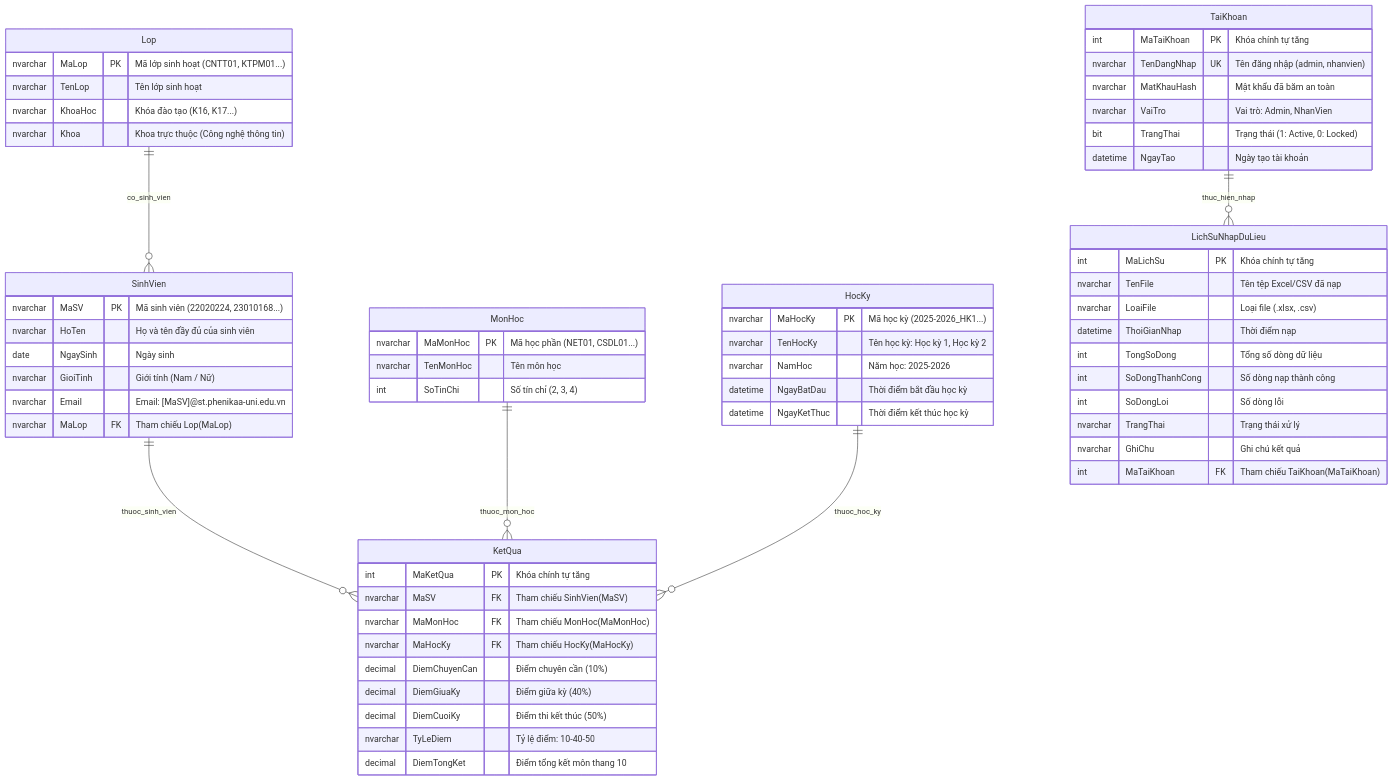
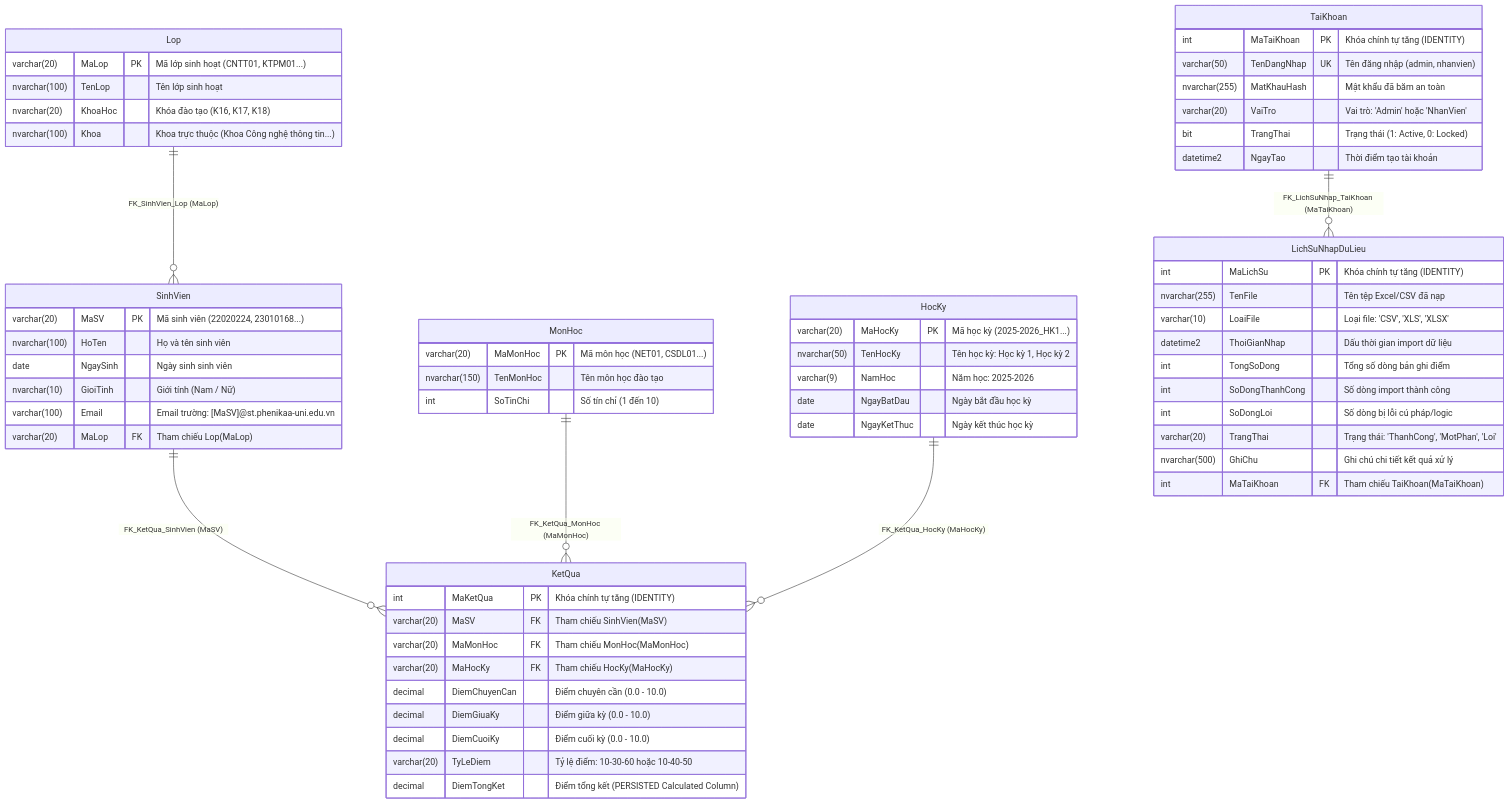
One commit to ngthanhs1/STUDENT_RESULT_ANALYTICS changed diagram 14 of 15 in BAO_CAO_BAI_TAP_LON_STUDENT_RESULT_ANALYTICS.md. Above: the diagram before and after it, drawn with Mermaid. The commit also changed other lines of this file and 3 other files, not shown here.

````diff
--- a/BAO_CAO_BAI_TAP_LON_STUDENT_RESULT_ANALYTICS.md
+++ b/BAO_CAO_BAI_TAP_LON_STUDENT_RESULT_ANALYTICS.md
@@ -984,72 +987,72 @@
 ```mermaid
 erDiagram
-    Lop ||--o{ SinhVien : "co_sinh_vien"
-    SinhVien ||--o{ KetQua : "thuoc_sinh_vien"
-    MonHoc ||--o{ KetQua : "thuoc_mon_hoc"
-    HocKy ||--o{ KetQua : "thuoc_hoc_ky"
-    TaiKhoan ||--o{ LichSuNhapDuLieu : "thuc_hien_nhap"
+    Lop ||--o{ SinhVien : "FK_SinhVien_Lop (MaLop)"
+    SinhVien ||--o{ KetQua : "FK_KetQua_SinhVien (MaSV)"
+    MonHoc ||--o{ KetQua : "FK_KetQua_MonHoc (MaMonHoc)"
+    HocKy ||--o{ KetQua : "FK_KetQua_HocKy (MaHocKy)"
+    TaiKhoan ||--o{ LichSuNhapDuLieu : "FK_LichSuNhap_TaiKhoan (MaTaiKhoan)"
+
+    SinhVien {
+        varchar(20) MaSV PK "Mã sinh viên (22020224, 23010168...)"
+        nvarchar(100) HoTen "Họ và tên sinh viên"
+        date NgaySinh "Ngày sinh sinh viên"
+        nvarchar(10) GioiTinh "Giới tính (Nam / Nữ)"
+        varchar(100) Email "Email trường: [MaSV]@st.phenikaa-uni.edu.vn"
+        varchar(20) MaLop FK "Tham chiếu Lop(MaLop)"
+    }
 
     Lop {
-        nvarchar MaLop PK "Mã lớp sinh hoạt (CNTT01, KTPM01...)"
-        nvarchar TenLop "Tên lớp sinh hoạt"
-        nvarchar KhoaHoc "Khóa đào tạo (K16, K17...)"
-        nvarchar Khoa "Khoa trực thuộc (Công nghệ thông tin)"
-    }
-
-    SinhVien {
-        nvarchar MaSV PK "Mã sinh viên (22020224, 23010168...)"
-        nvarchar HoTen "Họ và tên đầy đủ của sinh viên"
-        date NgaySinh "Ngày sinh"
-        nvarchar GioiTinh "Giới tính (Nam / Nữ)"
-        nvarchar Email "Email: [MaSV]@st.phenikaa-uni.edu.vn"
-        nvarchar MaLop FK "Tham chiếu Lop(MaLop)"
+        varchar(20) MaLop PK "Mã lớp sinh hoạt (CNTT01, KTPM01...)"
+        nvarchar(100) TenLop "Tên lớp sinh hoạt"
+        nvarchar(20) KhoaHoc "Khóa đào tạo (K16, K17, K18)"
+        nvarchar(100) Khoa "Khoa trực thuộc (Khoa Công nghệ thông tin...)"
     }
 
     MonHoc {
-        nvarchar MaMonHoc PK "Mã học phần (NET01, CSDL01...)"
-        nvarchar TenMonHoc "Tên môn học"
-        int SoTinChi "Số tín chỉ (2, 3, 4)"
+        varchar(20) MaMonHoc PK "Mã môn học (NET01, CSDL01...)"
+        nvarchar(150) TenMonHoc "Tên môn học đào tạo"
+        int SoTinChi "Số tín chỉ (1 đến 10)"
     }
 
     HocKy {
-        nvarchar MaHocKy PK "Mã học kỳ (2025-2026_HK1...)"
-        nvarchar TenHocKy "Tên học kỳ: Học kỳ 1, Học kỳ 2"
-        nvarchar NamHoc "Năm học: 2025-2026"
-        datetime NgayBatDau "Thời điểm bắt đầu học kỳ"
-        datetime NgayKetThuc "Thời điểm kết thúc học kỳ"
+        varchar(20) MaHocKy PK "Mã học kỳ (2025-2026_HK1...)"
+        nvarchar(50) TenHocKy "Tên học kỳ: Học kỳ 1, Học kỳ 2"
+        varchar(9) NamHoc "Năm học: 2025-2026"
+        date NgayBatDau "Ngày bắt đầu học kỳ"
+        date NgayKetThuc "Ngày kết thúc học kỳ"
     }
 
     KetQua {
-        int MaKetQua PK "Khóa chính tự tăng"
-        nvarchar MaSV FK "Tham chiếu SinhVien(MaSV)"
-        nvarchar MaMonHoc FK "Tham chiếu MonHoc(MaMonHoc)"
-        nvarchar MaHocKy FK "Tham chiếu HocKy(MaHocKy)"
-        decimal DiemChuyenCan "Điểm chuyên cần (10%)"
-        decimal DiemGiuaKy "Điểm giữa kỳ (40%)"
-        decimal DiemCuoiKy "Điểm thi kết thúc (50%)"
-        nvarchar TyLeDiem "Tỷ lệ điểm: 10-40-50"
-        decimal DiemTongKet "Điểm tổng kết môn thang 10"
+        int MaKetQua PK "Khóa chính tự tăng (IDENTITY)"
+        varchar(20) MaSV FK "Tham chiếu SinhVien(MaSV)"
+        varchar(20) MaMonHoc FK "Tham chiếu MonHoc(MaMonHoc)"
+        varchar(20) MaHocKy FK "Tham chiếu HocKy(MaHocKy)"
+        decimal DiemChuyenCan "Điểm chuyên cần (0.0 - 10.0)"
+        decimal DiemGiuaKy "Điểm giữa kỳ (0.0 - 10.0)"
+        decimal DiemCuoiKy "Điểm cuối kỳ (0.0 - 10.0)"
+        varchar(20) TyLeDiem "Tỷ lệ điểm: 10-30-60 hoặc 10-40-50"
+        decimal DiemTongKet "Điểm tổng kết (PERSISTED Calculated Column)"
     }
 
     TaiKhoan {
-        int MaTaiKhoan PK "Khóa chính tự tăng"
-        nvarchar TenDangNhap UK "Tên đăng nhập (admin, nhanvien)"
-        nvarchar MatKhauHash "Mật khẩu đã băm an toàn"
-        nvarchar VaiTro "Vai trò: Admin, NhanVien"
+        int MaTaiKhoan PK "Khóa chính tự tăng (IDENTITY)"
+        varchar(50) TenDangNhap UK "Tên đăng nhập (admin, nhanvien)"
+        nvarchar(255) MatKhauHash "Mật khẩu đã băm an toàn"
+        varchar(20) VaiTro "Vai trò: 'Admin' hoặc 'NhanVien'"
         bit TrangThai "Trạng thái (1: Active, 0: Locked)"
-        datetime NgayTao "Ngày tạo tài khoản"
+        datetime2 NgayTao "Thời điểm tạo tài khoản"
     }
 
     LichSuNhapDuLieu {
-        int MaLichSu PK "Khóa chính tự tăng"
-        nvarchar TenFile "Tên tệp Excel/CSV đã nạp"
-        nvarchar LoaiFile "Loại file (.xlsx, .csv)"
-        datetime ThoiGianNhap "Thời điểm nạp"
-        int TongSoDong "Tổng số dòng dữ liệu"
-        int SoDongThanhCong "Số dòng nạp thành công"
-        int SoDongLoi "Số dòng lỗi"
-        nvarchar TrangThai "Trạng thái xử lý"
-        nvarchar GhiChu "Ghi chú kết quả"
+        int MaLichSu PK "Khóa chính tự tăng (IDENTITY)"
+        nvarchar(255) TenFile "Tên tệp Excel/CSV đã nạp"
+        varchar(10) LoaiFile "Loại file: 'CSV', 'XLS', 'XLSX'"
+        datetime2 ThoiGianNhap "Dấu thời gian import dữ liệu"
+        int TongSoDong "Tổng số dòng bản ghi điểm"
+        int SoDongThanhCong "Số dòng import thành công"
+        int SoDongLoi "Số dòng bị lỗi cú pháp/logic"
+        varchar(20) TrangThai "Trạng thái: 'ThanhCong', 'MotPhan', 'Loi'"
+        nvarchar(500) GhiChu "Ghi chú chi tiết kết quả xử lý"
         int MaTaiKhoan FK "Tham chiếu TaiKhoan(MaTaiKhoan)"
     }
 ```
````
